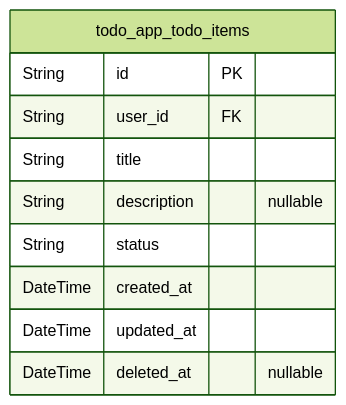
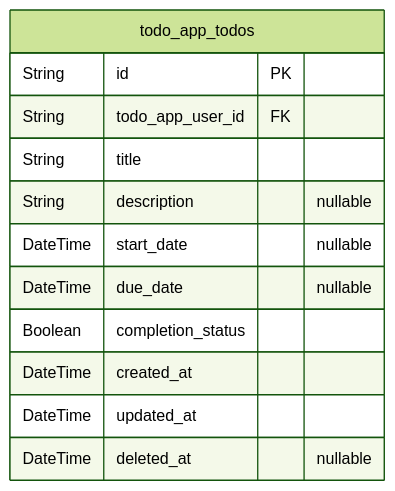
The second of 2 diagrams in qwen/qwen3-next-80b-a3b-instruct/todo/docs/ERD.md (wrtnlabs/autobe-examples), drawn with Mermaid (forest theme) before and after one commit. The commit also changed other lines of this file and 9391 other files, not shown here.

````diff
--- a/qwen/qwen3-next-80b-a3b-instruct/todo/docs/ERD.md
+++ b/qwen/qwen3-next-80b-a3b-instruct/todo/docs/ERD.md
@@ -522,13 +205,15 @@
 ```mermaid
 erDiagram
-"todo_app_todo_items" {
+"todo_app_todos" {
   String id PK
-  String user_id FK
+  String todo_app_user_id FK
   String title
   String description "nullable"
-  String status
+  DateTime start_date "nullable"
+  DateTime due_date "nullable"
+  Boolean completion_status
   DateTime created_at
   DateTime updated_at
   DateTime deleted_at "nullable"
 }
 ```
````
